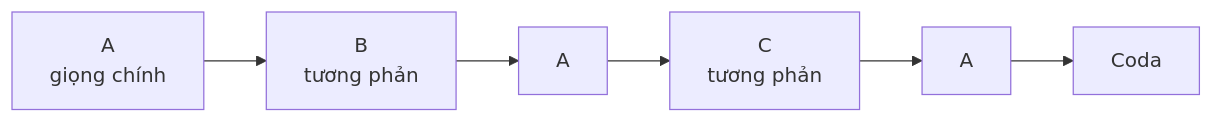
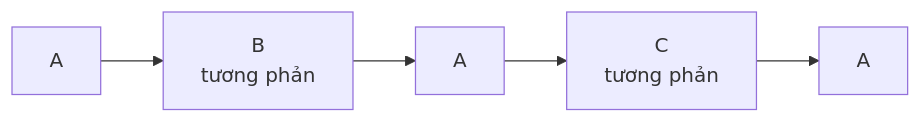
One commit to mtuann/opus changed the diagram in src/content/docs/hinh-thuc/rondo.md. Above: the diagram before and after it, drawn with Mermaid. The commit also changed other lines of this file and 22 other files, not shown here.

````diff
--- a/src/content/docs/hinh-thuc/rondo.md
+++ b/src/content/docs/hinh-thuc/rondo.md
@@ -8,4 +8,4 @@
 ```mermaid
 flowchart LR
-    A1["A<br/>giọng chính"] --> B["B<br/>tương phản"] --> A2["A"] --> C["C<br/>tương phản"] --> A3["A"] --> K["Coda"]
+    A1["A"] --> B["B<br/>tương phản"] --> A2["A"] --> C["C<br/>tương phản"] --> A3["A"]
 ```
````
